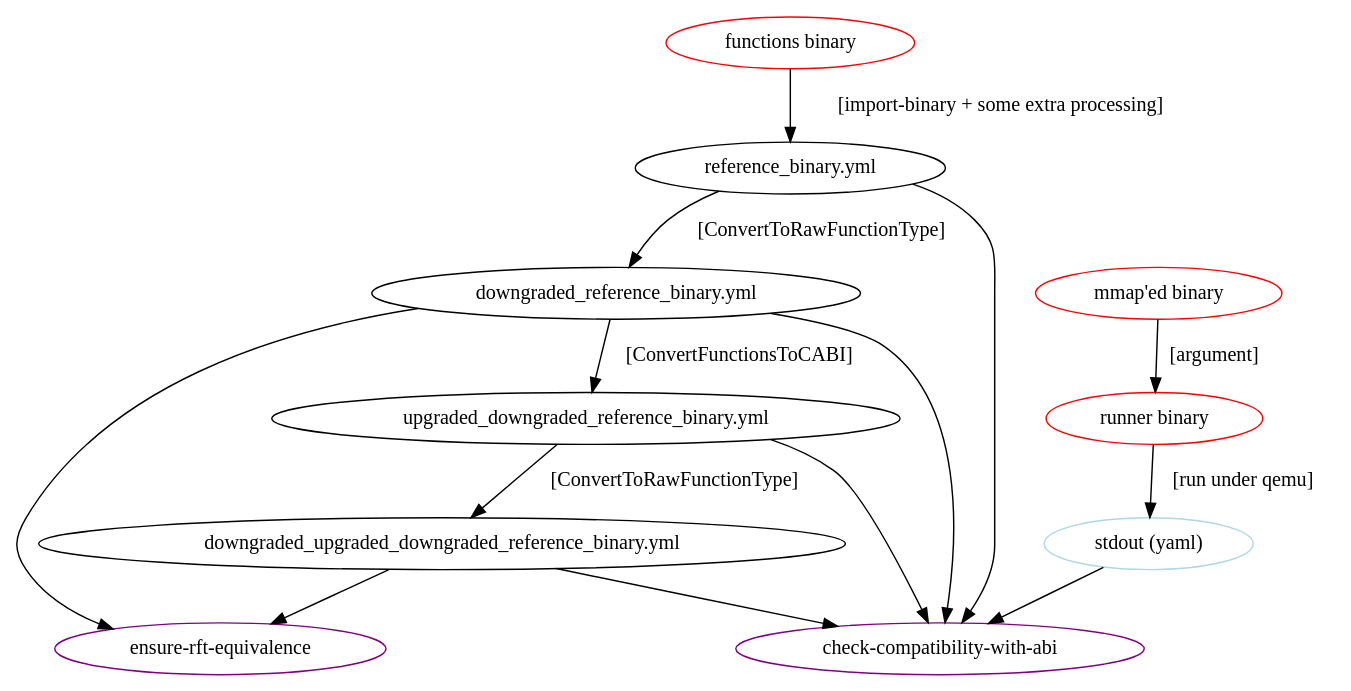
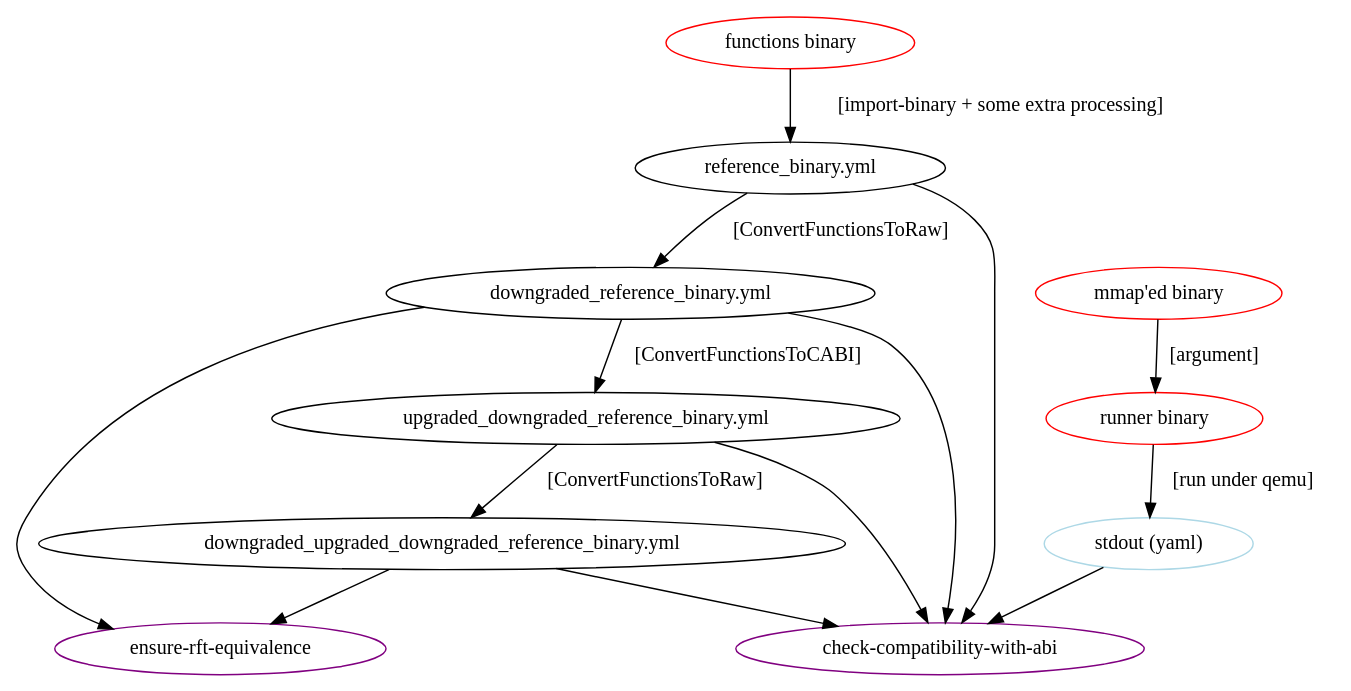
Before and after one commit to revng/revng: the second of 2 diagrams in share/revng/test/tests/abi/README.md, drawn with Graphviz. The commit also changed other lines of this file and 4 other files, not shown here.

Commit message:
s/ConvertToRawFunctionType/ConvertFunctionsToRaw/g

````diff
--- a/share/revng/test/tests/abi/README.md
+++ b/share/revng/test/tests/abi/README.md
@@ -56,28 +56,28 @@
 ```graphviz
 strict digraph {
     "functions binary" [color=red]
     "mmap'ed binary" [color=red]
     "runner binary" [color=red]
 
     "functions binary" -> "reference_binary.yml" [label="[import-binary + some extra processing]"]
-    "reference_binary.yml" -> "downgraded_reference_binary.yml" [label="[ConvertToRawFunctionType]"]
+    "reference_binary.yml" -> "downgraded_reference_binary.yml" [label="[ConvertFunctionsToRaw]"]
     "downgraded_reference_binary.yml" -> "upgraded_downgraded_reference_binary.yml" [label="[ConvertFunctionsToCABI]"]
-    "upgraded_downgraded_reference_binary.yml" -> "downgraded_upgraded_downgraded_reference_binary.yml" [label="[ConvertToRawFunctionType]"]
+    "upgraded_downgraded_reference_binary.yml" -> "downgraded_upgraded_downgraded_reference_binary.yml" [label="[ConvertFunctionsToRaw]"]
 
     "runner binary" -> "stdout (yaml)" [label="[run under qemu]"]
     "mmap'ed binary" -> "runner binary" [label="[argument]"]
 
     "check-compatibility-with-abi" [color=purple]
     "reference_binary.yml" -> "check-compatibility-with-abi"
     "downgraded_reference_binary.yml" -> "check-compatibility-with-abi"
     "upgraded_downgraded_reference_binary.yml" -> "check-compatibility-with-abi"
     "downgraded_upgraded_downgraded_reference_binary.yml" -> "check-compatibility-with-abi"
     "stdout (yaml)" -> "check-compatibility-with-abi"
 
     "ensure-rft-equivalence" [color=purple]
     "downgraded_reference_binary.yml" -> "ensure-rft-equivalence"
     "downgraded_upgraded_downgraded_reference_binary.yml" -> "ensure-rft-equivalence"
 
     "stdout (yaml)" [color=lightblue]
 }
 ```
````
